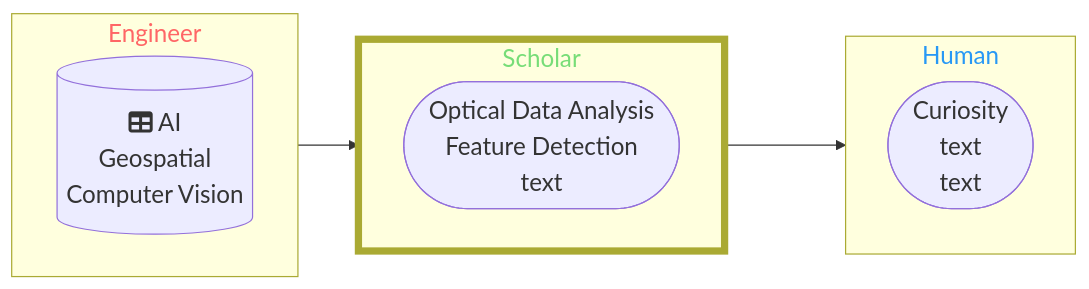
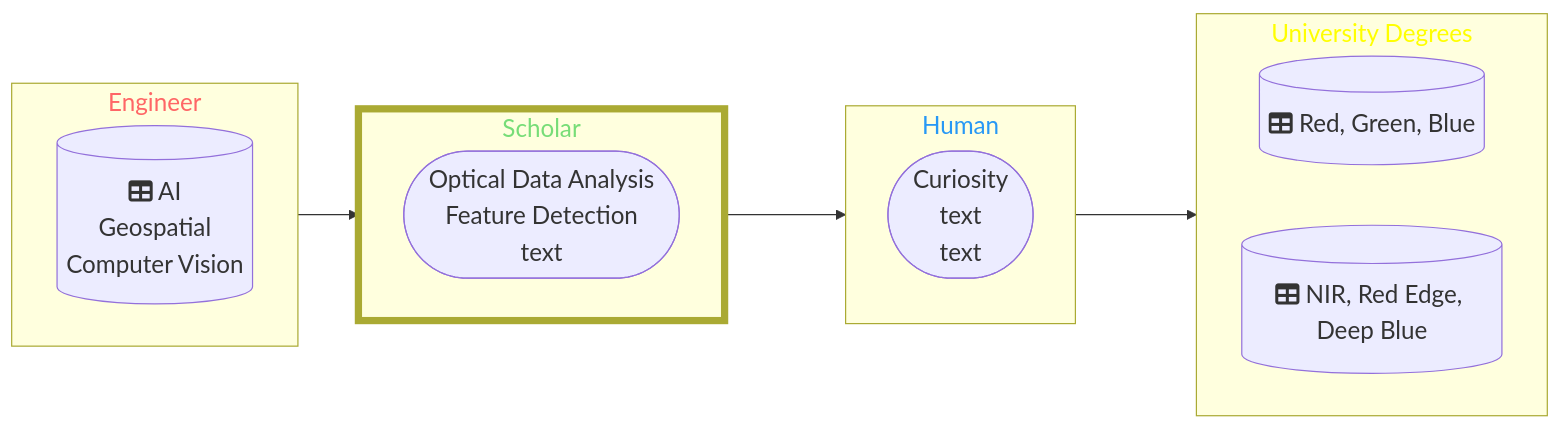
The diagram in README.md (DippoldEJ/DippoldEJ), drawn with Mermaid before and after one commit.

````diff
--- a/README.md
+++ b/README.md
@@ -3,30 +3,38 @@
 ```mermaid
 flowchart LR;
 %%{init: {
 	'themeVariables': { 'fontSize': '20px', 'fontFamily': 'Didot'}
 	}
 }%%
 
 subgraph n[Engineer]
         direction LR
         b[(fa:fa-table AI <br> Geospatial <br> Computer Vision)]
     end
 
 subgraph o[Scholar]
         direction LR
         j([Optical Data Analysis <br> Feature Detection <br> text])
 
     end
 
  subgraph p[Human]
     a([Curiosity <br /> text  <br />  text])
     end
 
+ subgraph q[University Degrees]
+        direction LR
+        r[(fa:fa-table Red, Green, Blue)]
+        h[(fa:fa-table NIR, Red Edge, Deep Blue)]
+    end
+
 style n color:#f66
 style o stroke-width:6px
 style o color:#77DD77
 style p color:#2798F5
+style q color:#FFFF00
 
 n-->o
 o-->p
+o-->q
 ```
````
